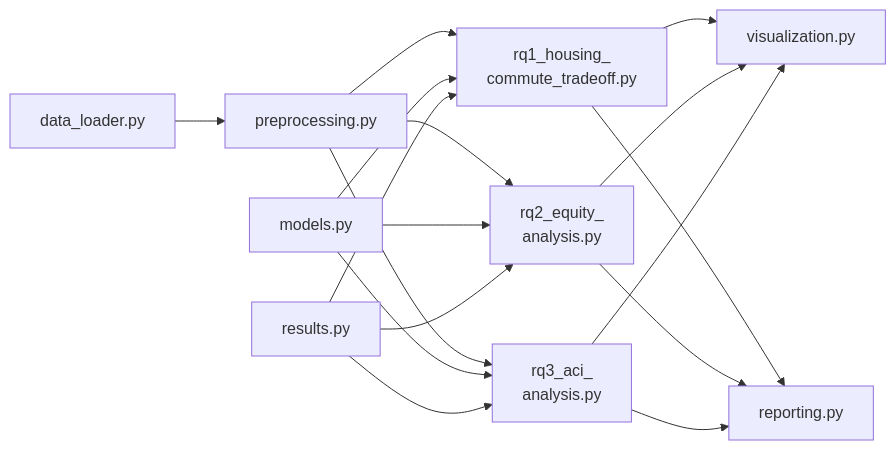
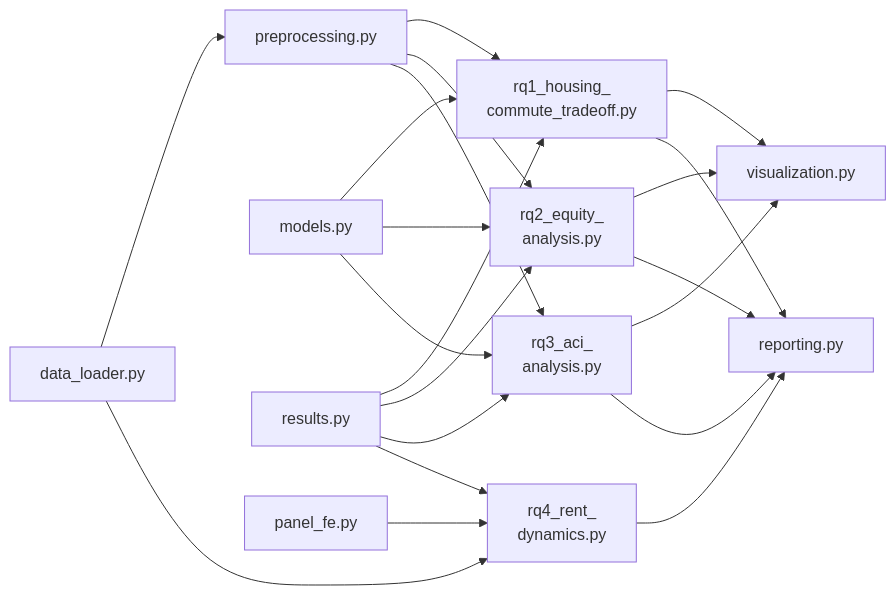
Before and after one commit to cdcoonce/housing-commute-analysis: the third of 4 diagrams in README.md, drawn with Mermaid. The commit also changed other lines of this file and 121 other files, not shown here.

````diff
--- a/README.md
+++ b/README.md
@@ -232,19 +256,23 @@
 ```mermaid
 graph LR
     DL["data_loader.py"] --> PP["preprocessing.py"]
     PP --> RQ1["rq1_housing_<br/>commute_tradeoff.py"]
     PP --> RQ2["rq2_equity_<br/>analysis.py"]
     PP --> RQ3["rq3_aci_<br/>analysis.py"]
     M["models.py"] --> RQ1
     M --> RQ2
     M --> RQ3
     RQ1 --> V["visualization.py"]
     RQ2 --> V
     RQ3 --> V
     RQ1 --> R["reporting.py"]
     RQ2 --> R
     RQ3 --> R
     RES["results.py"] --> RQ1
     RES --> RQ2
     RES --> RQ3
+    DL --> RQ4["rq4_rent_<br/>dynamics.py"]
+    FE["panel_fe.py"] --> RQ4
+    RES --> RQ4
+    RQ4 --> R
 ```
````
